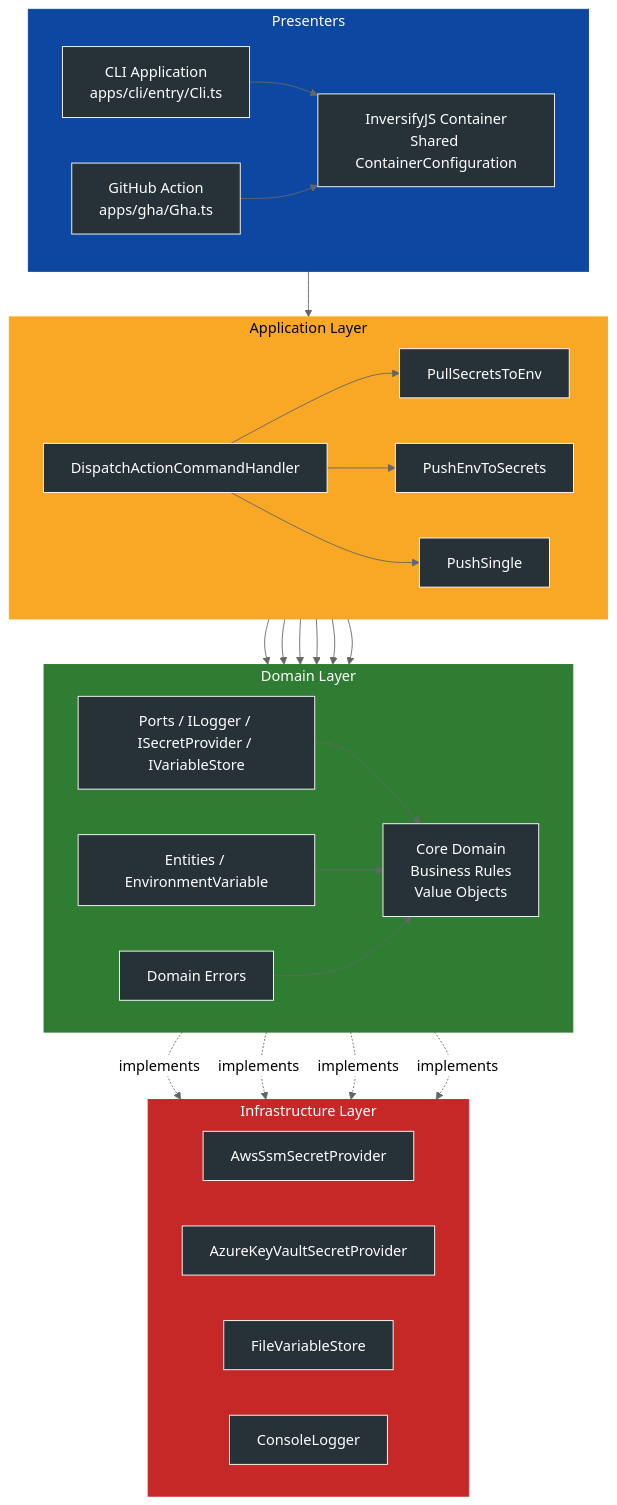
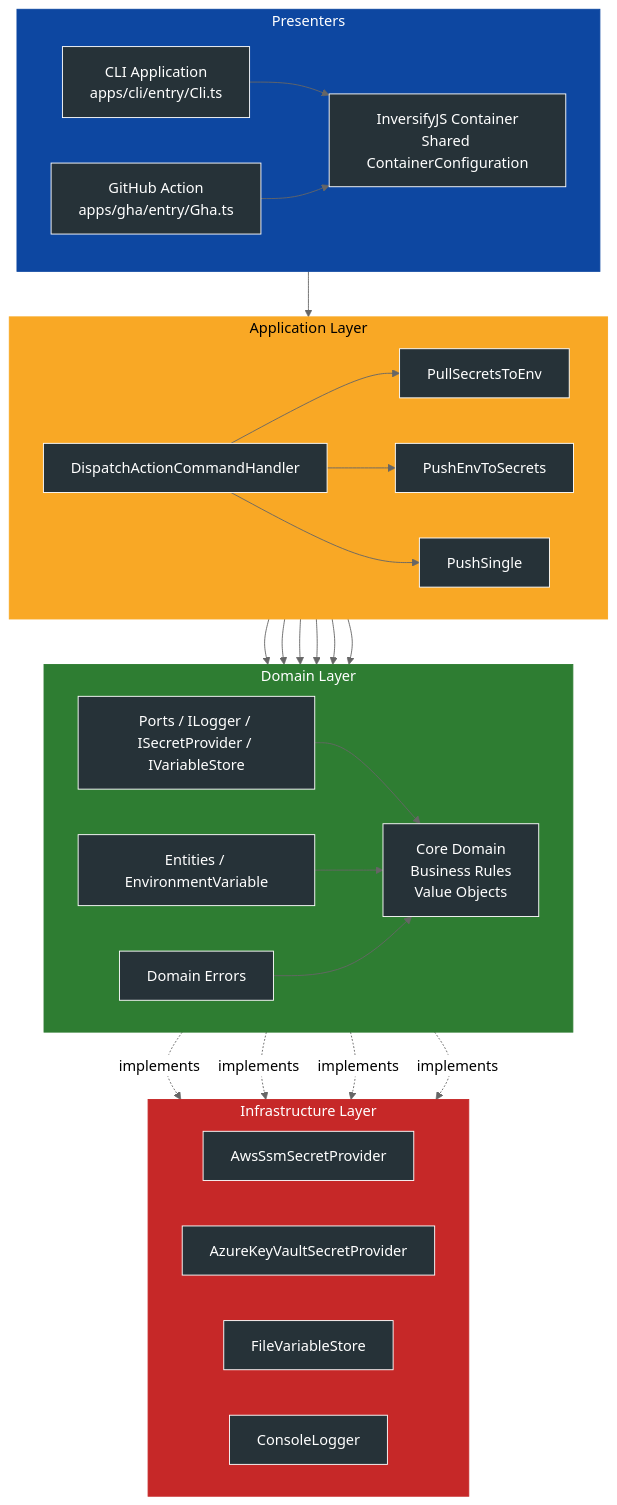
The first of 6 diagrams in docs/architecture/README.md (macalbert/envilder), drawn with Mermaid (neutral theme) before and after one commit. The commit also changed 11 other files, not shown here.

First line of the commit message:
refactor(gha): reorganize apps/gha into entry, bootstrap, errors

````diff
--- a/docs/architecture/README.md
+++ b/docs/architecture/README.md
@@ -20,80 +20,80 @@
 ```mermaid
 flowchart TB
 
 %% ==== STYLES ====
 classDef node fill:#263238,stroke:#FFFFFF,color:#FFFFFF;
 
 %% ================= INFRASTRUCTURE LAYER (RED BG) =================
 subgraph INFRA["Infrastructure Layer"]
     direction LR
     AWS[AwsSsmSecretProvider]
     AZURE[AzureKeyVaultSecretProvider]
     FILE[FileVariableStore]
     LOG[ConsoleLogger]
 end
 class AWS,AZURE,FILE,LOG node
 style INFRA fill:#C62828,stroke:#C62828,color:#FFFFFF
 
 %% ================= APPLICATION LAYER (YELLOW BG) =================
 subgraph APP["Application Layer"]
     direction LR
     DISPATCH[DispatchActionCommandHandler]
     PULL[PullSecretsToEnv]
     PUSH[PushEnvToSecrets]
     SINGLE[PushSingle]
 end
 class DISPATCH,PULL,PUSH,SINGLE node
 style APP fill:#F9A825,stroke:#F9A825,color:#000000
 
 %% ================= DOMAIN LAYER (GREEN BG, WITH CORE) =================
 subgraph DOMAIN["Domain Layer"]
     direction LR
     PORTS[Ports / ILogger / ISecretProvider / IVariableStore]
     ERR[Domain Errors]
     ENT[Entities / EnvironmentVariable]
     CORE[Core Domain<br/>Business Rules<br/>Value Objects]
 end
 class PORTS,ERR,ENT,CORE node
 style DOMAIN fill:#2E7D32,stroke:#2E7D32,color:#FFFFFF
 
 %% ================= PRESENTERS + DI (BLUE BG) =================
 subgraph PRESENTERS["Presenters"]
     direction LR
     CLI[CLI Application<br/>apps/cli/entry/Cli.ts]
-    GHA[GitHub Action<br/>apps/gha/Gha.ts]
+    GHA[GitHub Action<br/>apps/gha/entry/Gha.ts]
     DI[InversifyJS Container<br/>Shared ContainerConfiguration]
 end
 class CLI,GHA,DI node
 style PRESENTERS fill:#0D47A1,stroke:#0D47A1,color:#FFFFFF
 
 %% ================= FLOWS =================
 
 %% Presenters → DI → App
 CLI --> DI
 GHA --> DI
 DI --> DISPATCH
 
 %% App → Domain
 DISPATCH --> PULL
 DISPATCH --> PUSH
 DISPATCH --> SINGLE
 
 PULL --> PORTS
 PUSH --> PORTS
 SINGLE --> PORTS
 
 PULL --> ENT
 PUSH --> ENT
 SINGLE --> ENT
 
 %% Domain → Core
 PORTS --> CORE
 ENT --> CORE
 ERR --> CORE
 
 %% Infra → Domain (implement ports)
 PORTS -.implements.-> AWS
 PORTS -.implements.-> AZURE
 PORTS -.implements.-> FILE
 PORTS -.implements.-> LOG
 ```
````
